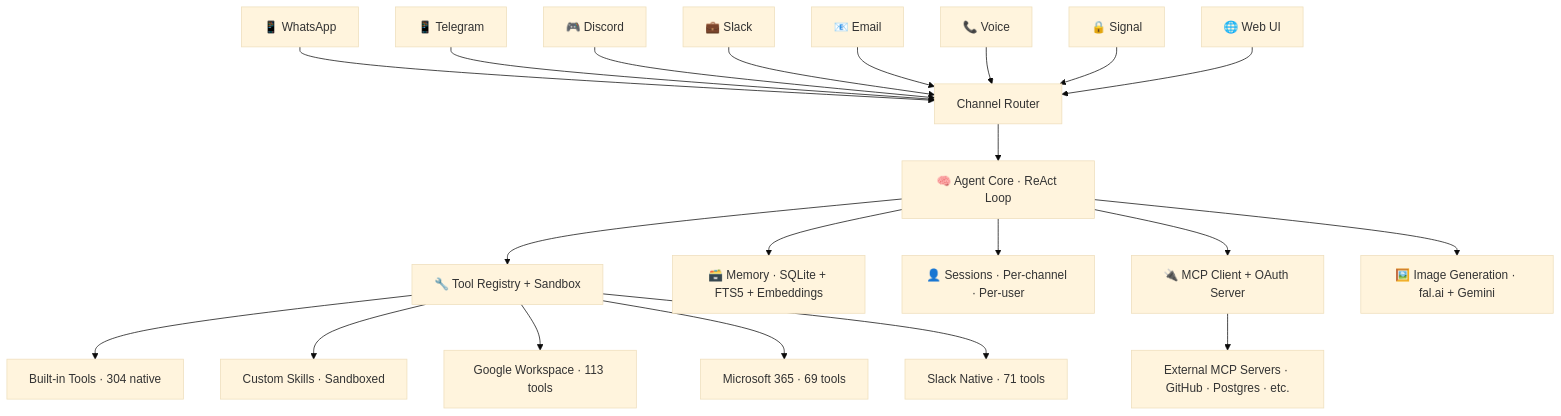
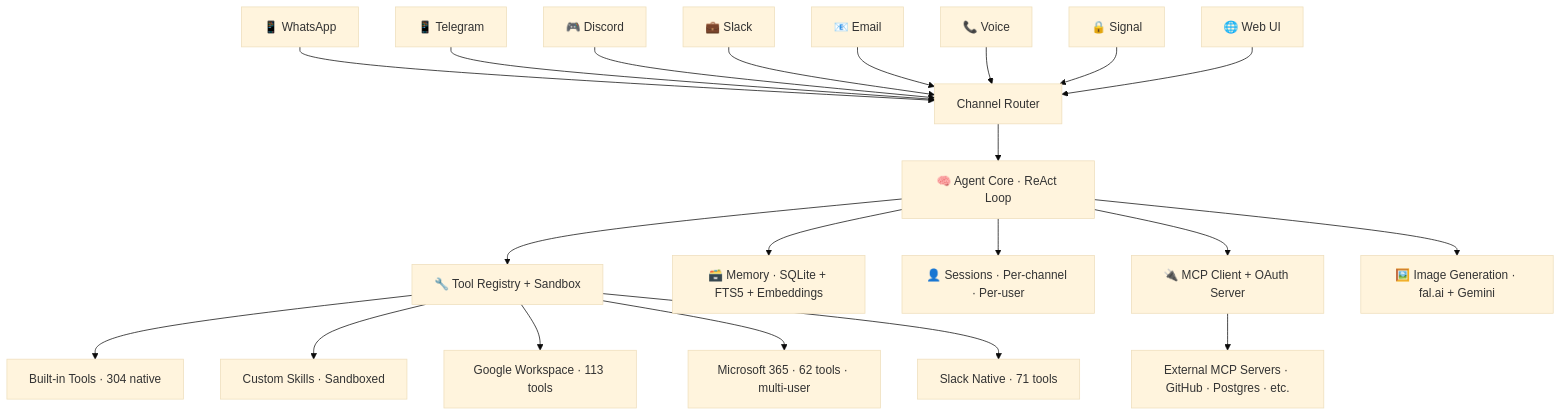
One commit to pincerhq/pincer changed the diagram in README.md. Above: the diagram before and after it, drawn with Mermaid (base theme). The commit also changed other lines of this file and 28 other files, not shown here.

````diff
--- a/README.md
+++ b/README.md
@@ -552,26 +552,26 @@
 ```mermaid
 graph TD
     WA[📱 WhatsApp] --> CR[Channel Router]
     TG[📱 Telegram] --> CR
     DC[🎮 Discord] --> CR
     SL[💼 Slack] --> CR
     EM[📧 Email] --> CR
     VC[📞 Voice] --> CR
     SG[🔒 Signal] --> CR
     WB[🌐 Web UI] --> CR
 
     CR --> AC[🧠 Agent Core · ReAct Loop]
 
     AC --> TR[🔧 Tool Registry + Sandbox]
     AC --> MM[🗃️ Memory · SQLite + FTS5 + Embeddings]
     AC --> SS[👤 Sessions · Per-channel · Per-user]
     AC --> MCP[🔌 MCP Client + OAuth Server]
     AC --> IMG[🖼️ Image Generation · fal.ai + Gemini]
 
     TR --> BT[Built-in Tools · 304 native]
     TR --> SK[Custom Skills · Sandboxed]
     TR --> GW[Google Workspace · 113 tools]
-    TR --> MS[Microsoft 365 · 69 tools]
+    TR --> MS[Microsoft 365 · 62 tools · multi-user]
     TR --> SLK[Slack Native · 71 tools]
     MCP --> EXT[External MCP Servers · GitHub · Postgres · etc.]
 ```
````
